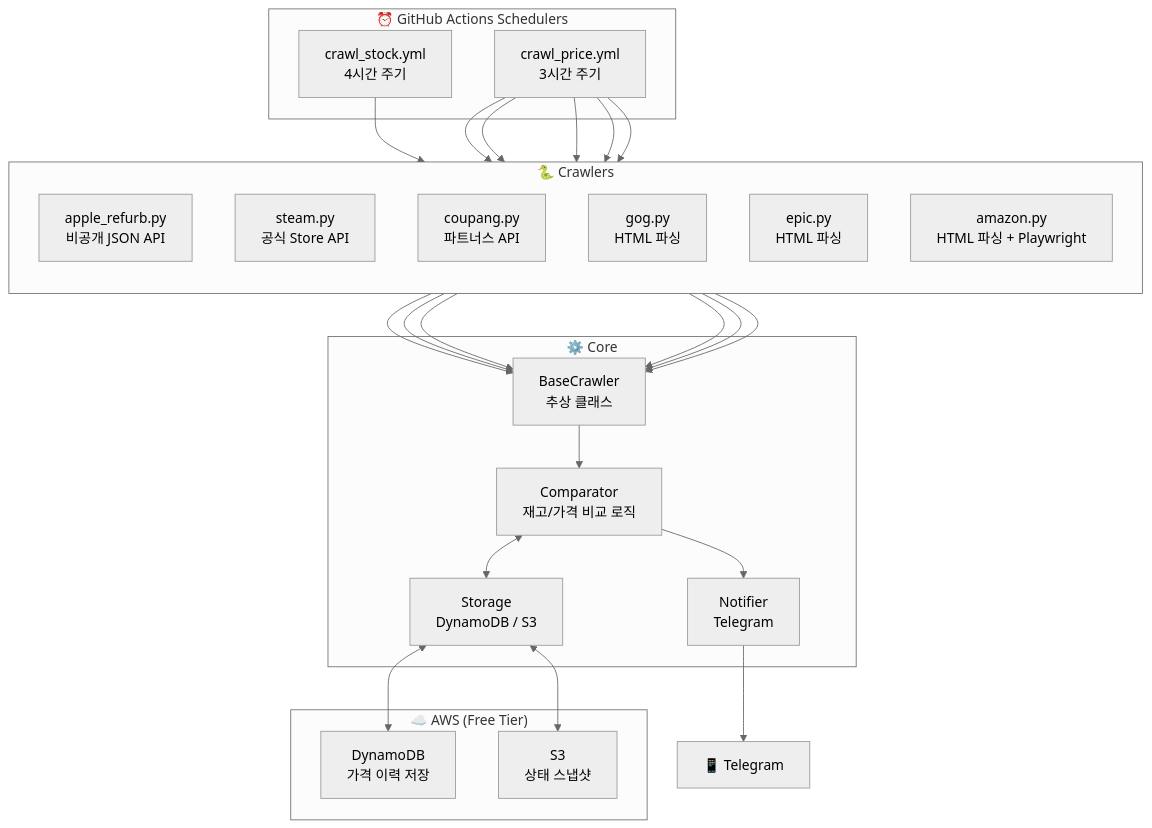
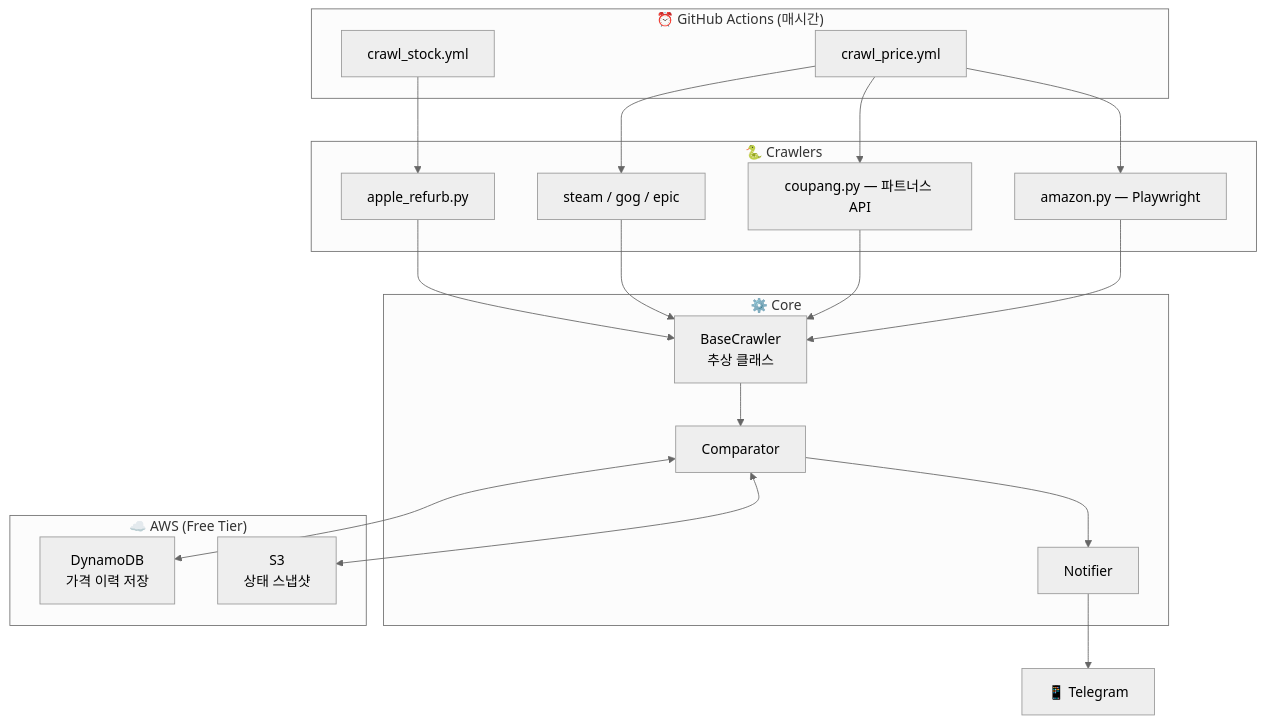
One commit to veryfaraway/DeReel changed the third of 5 diagrams in docs/ARCHITECTURE.md. Above: the diagram before and after it, drawn with Mermaid (neutral theme). The commit also changed other lines of this file and 5 other files, not shown here.

````diff
--- a/docs/ARCHITECTURE.md
+++ b/docs/ARCHITECTURE.md
@@ -63,38 +120,32 @@
 ```mermaid
 flowchart TD
-    subgraph Schedulers ["⏰ GitHub Actions Schedulers"]
-        S1["crawl_stock.yml\n4시간 주기"]
-        S2["crawl_price.yml\n3시간 주기"]
+    subgraph Schedulers ["⏰ GitHub Actions (매시간)"]
+        S1["crawl_stock.yml"]
+        S2["crawl_price.yml"]
     end
 
     subgraph Crawlers ["🐍 Crawlers"]
-        direction TB
-        C1["apple_refurb.py\n비공개 JSON API"]
-        C2["steam.py\n공식 Store API"]
-        C3["coupang.py\n파트너스 API"]
-        C4["gog.py\nHTML 파싱"]
-        C5["epic.py\nHTML 파싱"]
-        C6["amazon.py\nHTML 파싱 + Playwright"]
+        C1["apple_refurb.py"]
+        C2["steam / gog / epic"]
+        C3["coupang.py — 파트너스 API"]
+        C4["amazon.py — Playwright"]
     end
 
     subgraph Core ["⚙️ Core"]
         BC["BaseCrawler\n추상 클래스"]
-        NF["Notifier\nTelegram"]
-        ST["Storage\nDynamoDB / S3"]
-        CM["Comparator\n재고/가격 비교 로직"]
+        CM["Comparator"]
+        NF["Notifier"]
     end
 
     subgraph AWS ["☁️ AWS (Free Tier)"]
-        DB["DynamoDB\n가격 이력 저장"]
+        DDB["DynamoDB\n가격 이력 저장"]
         S3["S3\n상태 스냅샷"]
     end
 
     TG["📱 Telegram"]
 
     S1 --> C1
-    S2 --> C2 & C3 & C4 & C5 & C6
-    C1 & C2 & C3 & C4 & C5 & C6 --> BC
-    BC --> CM --> NF --> TG
-    CM <--> ST
-    ST <--> DB & S3
+    S2 --> C2 & C3 & C4
+    C1 & C2 & C3 & C4 --> BC --> CM --> NF --> TG
+    CM <--> DDB & S3
 ```
````
